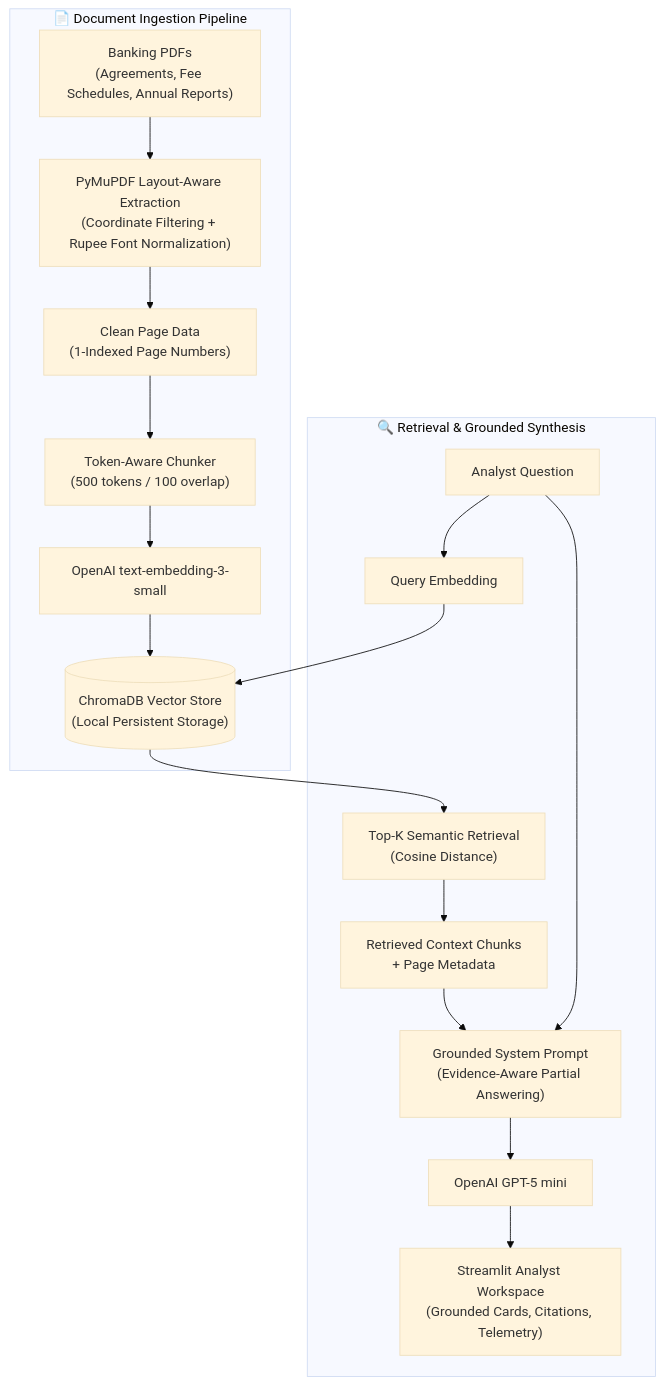
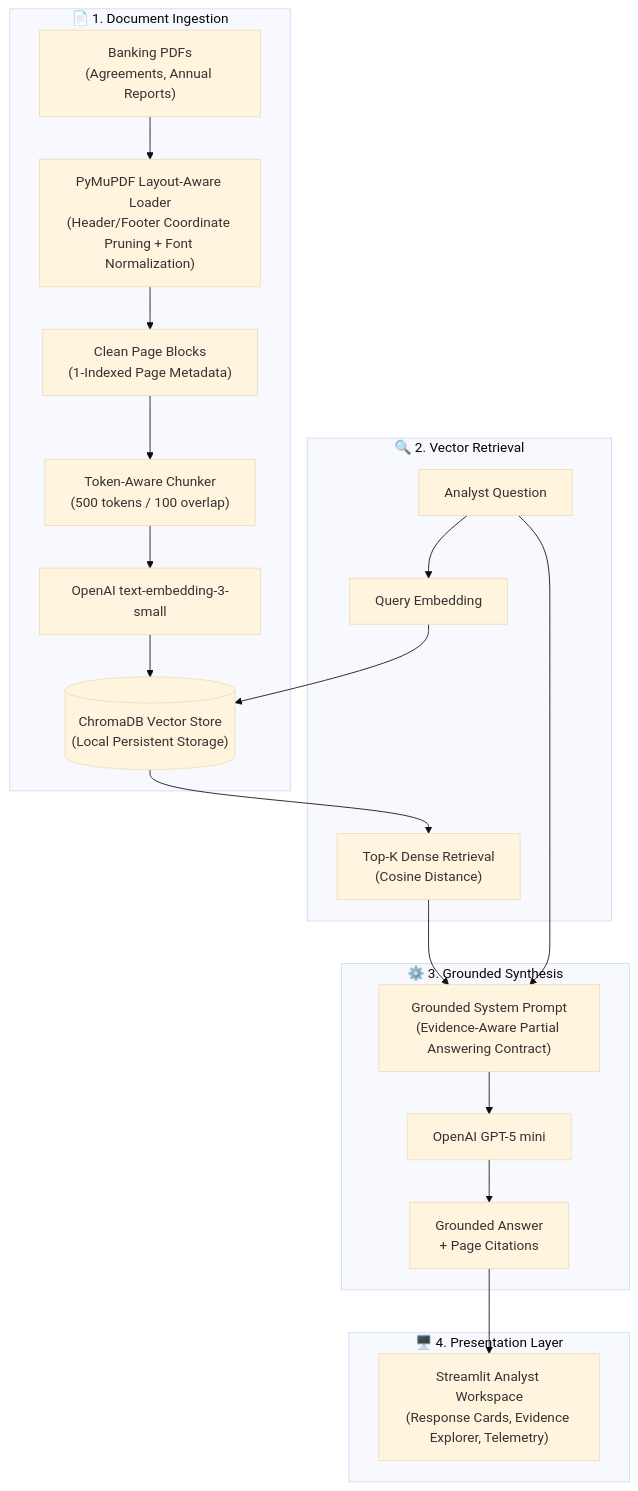
The diagram in README.md (priyank-rep/banking-document-intelligence-assistant), drawn with Mermaid (base theme) before and after one commit. The commit also changed other lines of this file and 5 other files, not shown here.

````diff
--- a/README.md
+++ b/README.md
@@ -38,21 +41,27 @@
 ```mermaid
 flowchart TD
-    subgraph Ingestion["📄 Document Ingestion Pipeline"]
-        PDF["Banking PDFs<br/>(Agreements, Fee Schedules, Annual Reports)"] --> PyMuPDF["PyMuPDF Layout-Aware Extraction<br/>(Coordinate Filtering + Rupee Font Normalization)"]
-        PyMuPDF --> Pages["Clean Page Data<br/>(1-Indexed Page Numbers)"]
+    subgraph Ingestion["📄 1. Document Ingestion"]
+        PDF["Banking PDFs<br/>(Agreements, Annual Reports)"] --> Loader["PyMuPDF Layout-Aware Loader<br/>(Header/Footer Coordinate Pruning + Font Normalization)"]
+        Loader --> Pages["Clean Page Blocks<br/>(1-Indexed Page Metadata)"]
         Pages --> Chunker["Token-Aware Chunker<br/>(500 tokens / 100 overlap)"]
         Chunker --> Embed["OpenAI text-embedding-3-small"]
         Embed --> Chroma[("ChromaDB Vector Store<br/>(Local Persistent Storage)")]
     end
 
-    subgraph Query["🔍 Retrieval & Grounded Synthesis"]
-        UserQuery["Analyst Question"] --> QEmbed["Query Embedding"]
+    subgraph Retrieval["🔍 2. Vector Retrieval"]
+        Query["Analyst Question"] --> QEmbed["Query Embedding"]
         QEmbed --> Chroma
-        Chroma --> TopK["Top-K Semantic Retrieval<br/>(Cosine Distance)"]
-        TopK --> Context["Retrieved Context Chunks<br/>+ Page Metadata"]
-        Context --> Prompt["Grounded System Prompt<br/>(Evidence-Aware Partial Answering)"]
-        UserQuery --> Prompt
+        Chroma --> TopK["Top-K Dense Retrieval<br/>(Cosine Distance)"]
+    end
+
+    subgraph Generation["⚙️ 3. Grounded Synthesis"]
+        TopK --> Prompt["Grounded System Prompt<br/>(Evidence-Aware Partial Answering Contract)"]
+        Query --> Prompt
         Prompt --> LLM["OpenAI GPT-5 mini"]
-        LLM --> UI["Streamlit Analyst Workspace<br/>(Grounded Cards, Citations, Telemetry)"]
+        LLM --> Answer["Grounded Answer<br/>+ Page Citations"]
+    end
+
+    subgraph Presentation["🖥️ 4. Presentation Layer"]
+        Answer --> UI["Streamlit Analyst Workspace<br/>(Response Cards, Evidence Explorer, Telemetry)"]
     end
 ```
````
